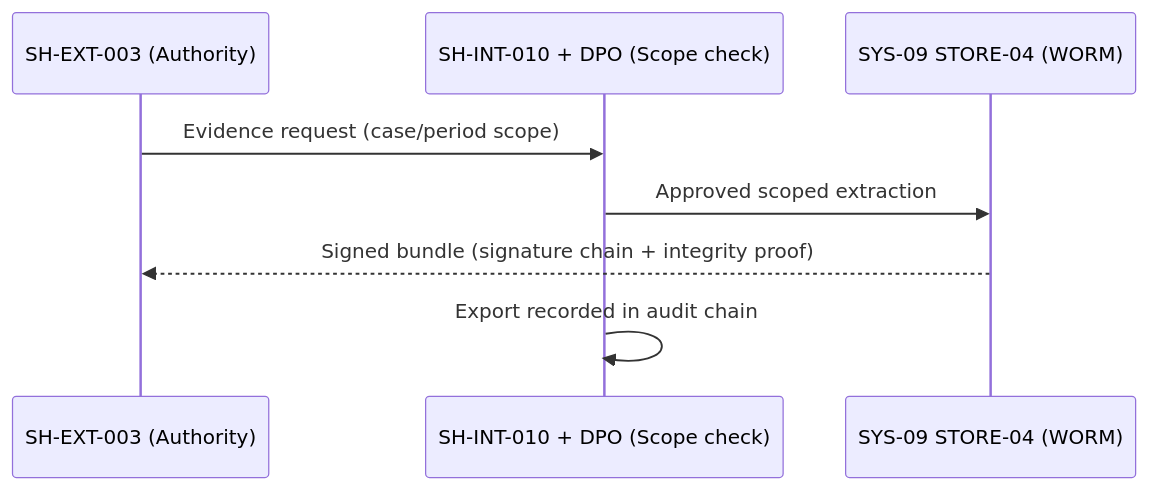
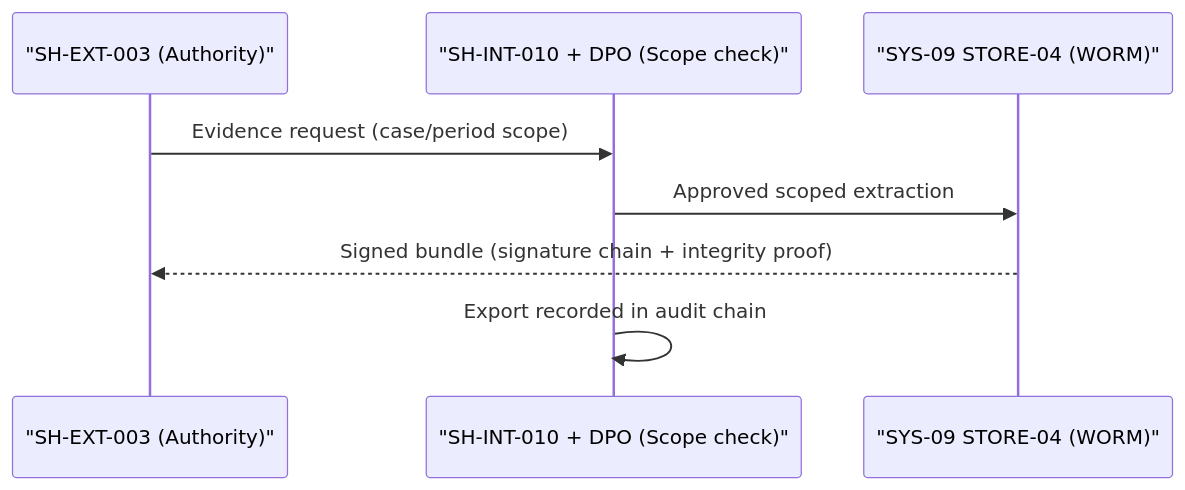
Before and after one commit to pauloribeiro16/Methodology_compact: diagram 20 of 21 in 02_CASES/Case_02_SecureBorder_Solutions/03_PHASE3_DECOMPOSITION/annexes/B_Sequence_Diagrams.md, drawn with Mermaid. The commit also changed other lines of this file and 33 other files, not shown here.

Commit message:
[EXECUTOR] Mermaid render fix: 26 UC diagrams → PlantUML+SVG hybrid (Mermaid has no useCaseDiagram, #4628), sequence syntax repaired (';' separators, OFF keyword collision, fence join) — validator 192/192 OK, smoke 16/16

````diff
--- a/02_CASES/Case_02_SecureBorder_Solutions/03_PHASE3_DECOMPOSITION/annexes/B_Sequence_Diagrams.md
+++ b/02_CASES/Case_02_SecureBorder_Solutions/03_PHASE3_DECOMPOSITION/annexes/B_Sequence_Diagrams.md
@@ -269,10 +269,10 @@
 ```mermaid
 sequenceDiagram
-    participant AUTH as SH-EXT-003 (Authority)
-    participant COMP as SH-INT-010 + DPO (Scope check)
-    participant WORM as SYS-09 STORE-04 (WORM)
+    participant AUTH as "SH-EXT-003 (Authority)"
+    participant COMP as "SH-INT-010 + DPO (Scope check)"
+    participant WORM as "SYS-09 STORE-04 (WORM)"
     AUTH->>COMP: Evidence request (case/period scope)
     COMP->>WORM: Approved scoped extraction
     WORM-->>AUTH: Signed bundle (signature chain + integrity proof)
     COMP->>COMP: Export recorded in audit chain
 ```
````
